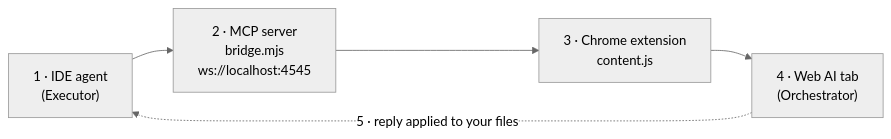
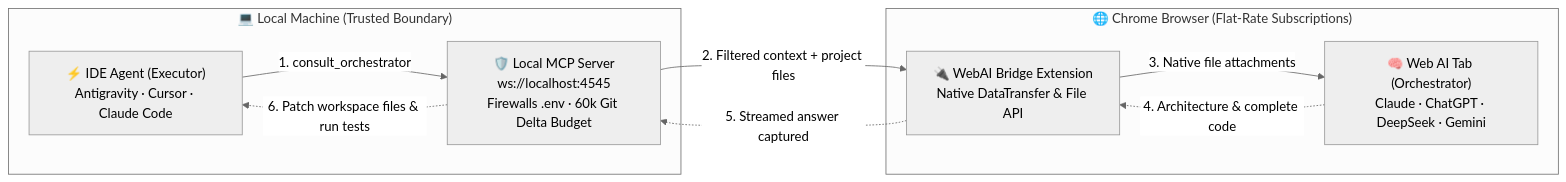
Before and after one commit to GoulagmanYt/antigravity-universal-ai-bridge: the diagram in README.md, drawn with Mermaid (neutral theme). The commit also changed other lines of this file and 7 other files, not shown here.

````diff
--- a/README.md
+++ b/README.md
@@ -37,7 +122,19 @@
 ```mermaid
 flowchart LR
-    A["1 · IDE agent<br/>(Executor)"] --> B["2 · MCP server<br/>bridge.mjs<br/>ws://localhost:4545"]
-    B --> C["3 · Chrome extension<br/>content.js"]
-    C --> D["4 · Web AI tab<br/>(Orchestrator)"]
-    D -. "5 · reply applied to your files" .-> A
+    subgraph Local["💻 Local Machine (Trusted Boundary)"]
+        IDE["⚡ IDE Agent (Executor)<br/>Antigravity · Cursor · Claude Code"]
+        MCP["🛡️ Local MCP Server<br/>ws://localhost:4545<br/>Firewalls .env · 60k Git Delta Budget"]
+    end
+
+    subgraph Browser["🌐 Chrome Browser (Flat-Rate Subscriptions)"]
+        EXT["🔌 WebAI Bridge Extension<br/>Native DataTransfer & File API"]
+        WEB["🧠 Web AI Tab (Orchestrator)<br/>Claude · ChatGPT · DeepSeek · Gemini"]
+    end
+
+    IDE -- "1. consult_orchestrator" --> MCP
+    MCP -- "2. Filtered context + project files" --> EXT
+    EXT -- "3. Native file attachments" --> WEB
+    WEB -. "4. Architecture & complete code" .-> EXT
+    EXT -. "5. Streamed answer captured" .-> MCP
+    MCP -. "6. Patch workspace files & run tests" .-> IDE
 ```
````
